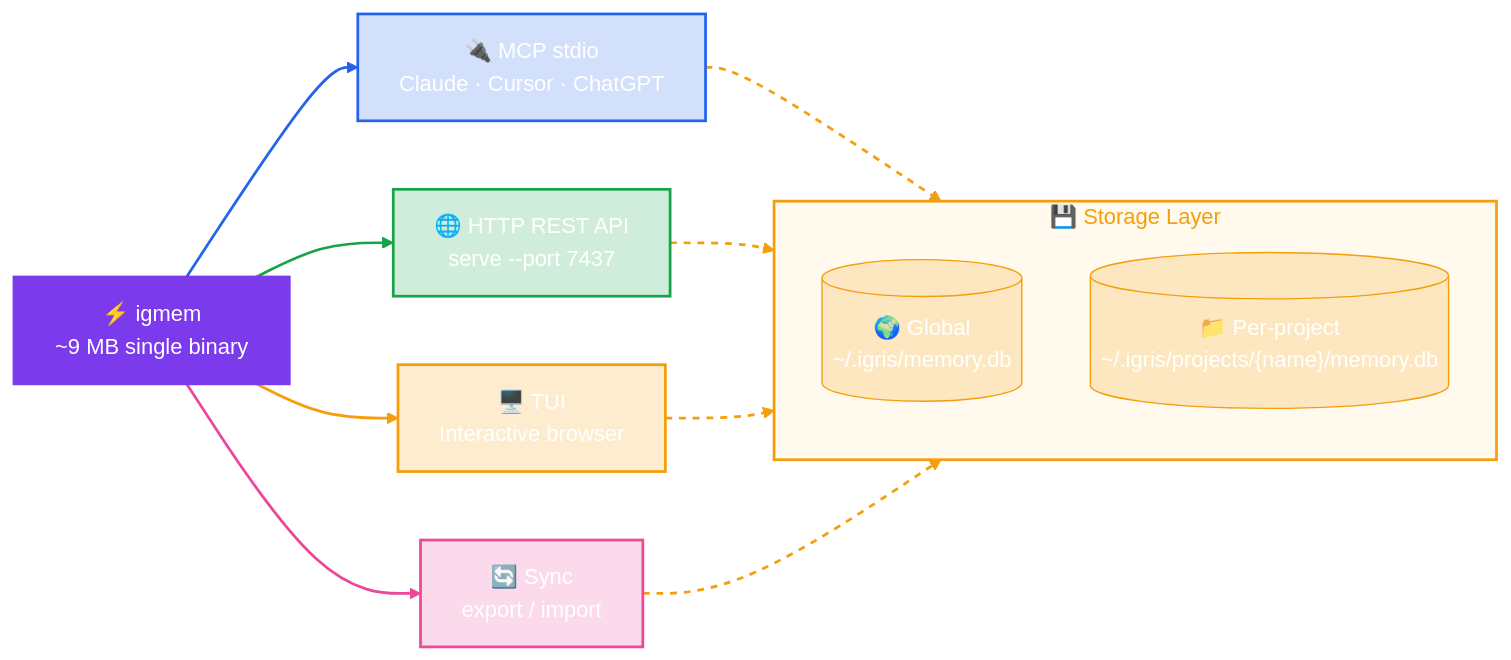
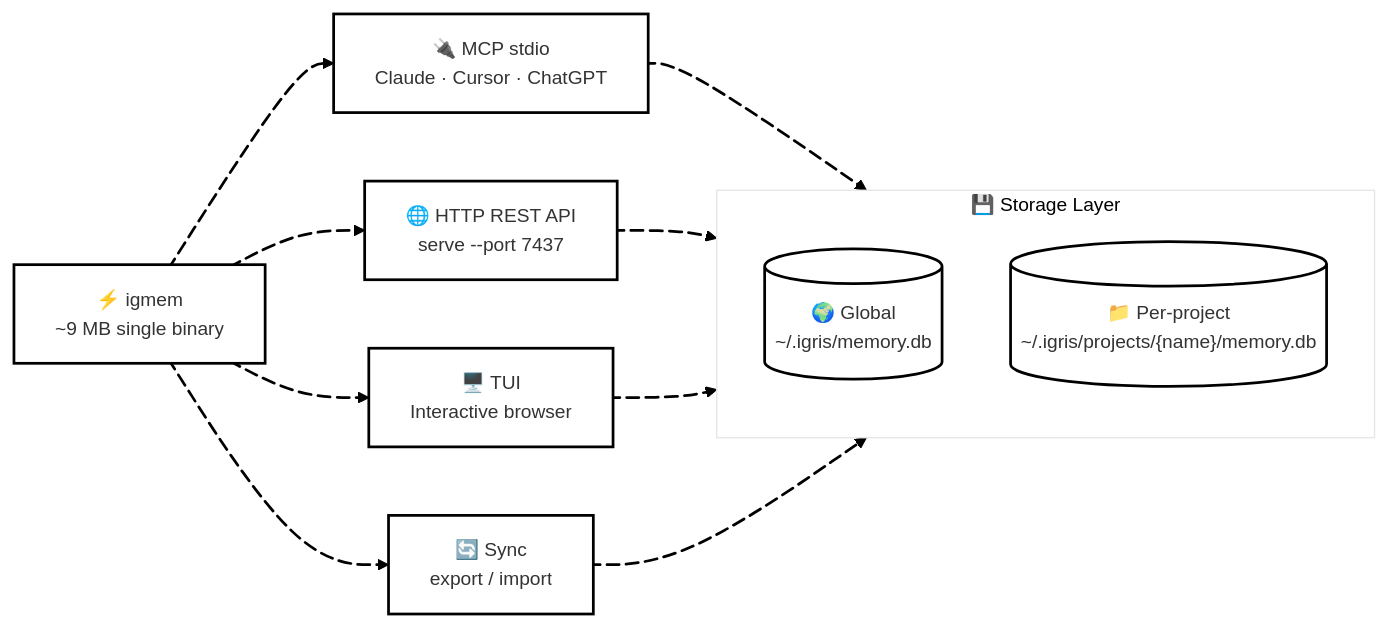
The sixth of 6 diagrams in README.md (getigris/igris-memory), drawn with Mermaid before and after one commit. The commit also changed other lines of this file, not shown here.

First line of the commit message:
Enhance README.md with improved mermaid diagrams and configurations

````diff
--- a/README.md
+++ b/README.md
@@ -265,39 +270,38 @@
 ```mermaid
+---
+config:
+  theme: neo
+  look: hand-drawn
+---
 graph LR
     BIN["⚡ igmem\n~9 MB single binary"]
 
     MCP["🔌 MCP stdio\nClaude · Cursor · ChatGPT"]
     HTTP["🌐 HTTP REST API\nserve --port 7437"]
     TUI["🖥️ TUI\nInteractive browser"]
     SYNC["🔄 Sync\nexport / import"]
 
-    BIN --> MCP
-    BIN --> HTTP
-    BIN --> TUI
-    BIN --> SYNC
+    BIN L_m@--> MCP
+    BIN L_h@--> HTTP
+    BIN L_t@--> TUI
+    BIN L_sy@--> SYNC
 
     subgraph storage["💾 Storage Layer"]
         DB1[("🌍 Global\n~/.igris/memory.db")]
         DB2[("📁 Per-project\n~/.igris/projects/{name}/memory.db")]
     end
 
-    MCP --> storage
-    HTTP --> storage
-    TUI --> storage
-    SYNC --> storage
+    MCP L_ms@--> storage
+    HTTP L_hs@--> storage
+    TUI L_ts@--> storage
+    SYNC L_ss@--> storage
 
-    style BIN fill:#7c3aed,stroke:#7c3aed,color:#fff,stroke-width:2px
-    style MCP fill:#2563eb33,stroke:#2563eb,color:#fff,stroke-width:2px
-    style HTTP fill:#16a34a33,stroke:#16a34a,color:#fff,stroke-width:2px
-    style TUI fill:#f59e0b33,stroke:#f59e0b,color:#fff,stroke-width:2px
-    style SYNC fill:#ec489933,stroke:#ec4899,color:#fff,stroke-width:2px
-    style storage fill:#f59e0b11,stroke:#f59e0b,stroke-width:2px,color:#f59e0b
-    style DB1 fill:#f59e0b33,stroke:#f59e0b,color:#fff
-    style DB2 fill:#f59e0b33,stroke:#f59e0b,color:#fff
-
-    linkStyle 0 stroke:#2563eb,stroke-width:2px
-    linkStyle 1 stroke:#16a34a,stroke-width:2px
-    linkStyle 2 stroke:#f59e0b,stroke-width:2px
-    linkStyle 3 stroke:#ec4899,stroke-width:2px
-    linkStyle 4,5,6,7 stroke:#f59e0b,stroke-width:2px,stroke-dasharray:5
+    L_m@{ animation: fast }
+    L_h@{ animation: fast }
+    L_t@{ animation: fast }
+    L_sy@{ animation: fast }
+    L_ms@{ animation: slow }
+    L_hs@{ animation: slow }
+    L_ts@{ animation: slow }
+    L_ss@{ animation: slow }
 ```
````
